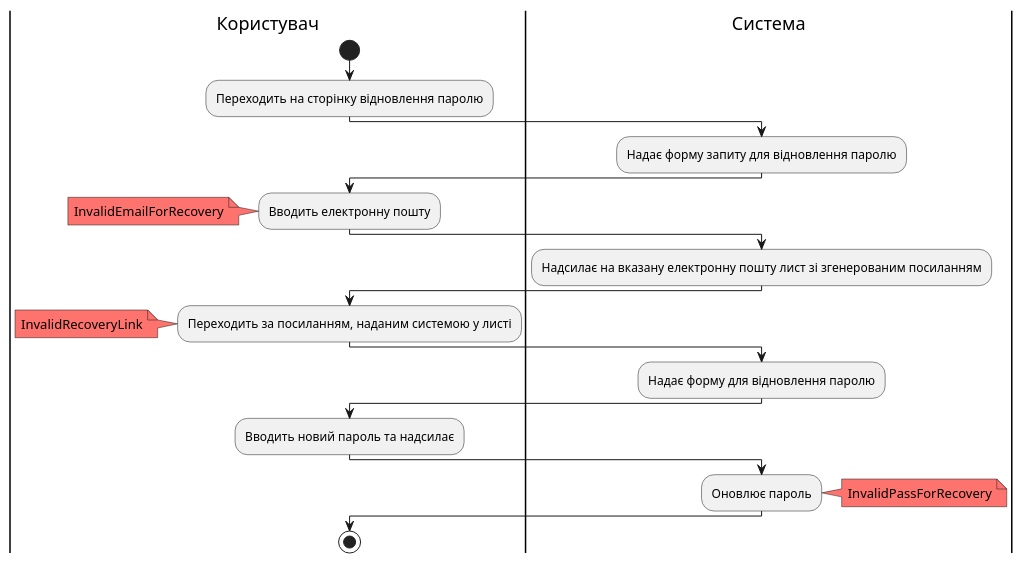
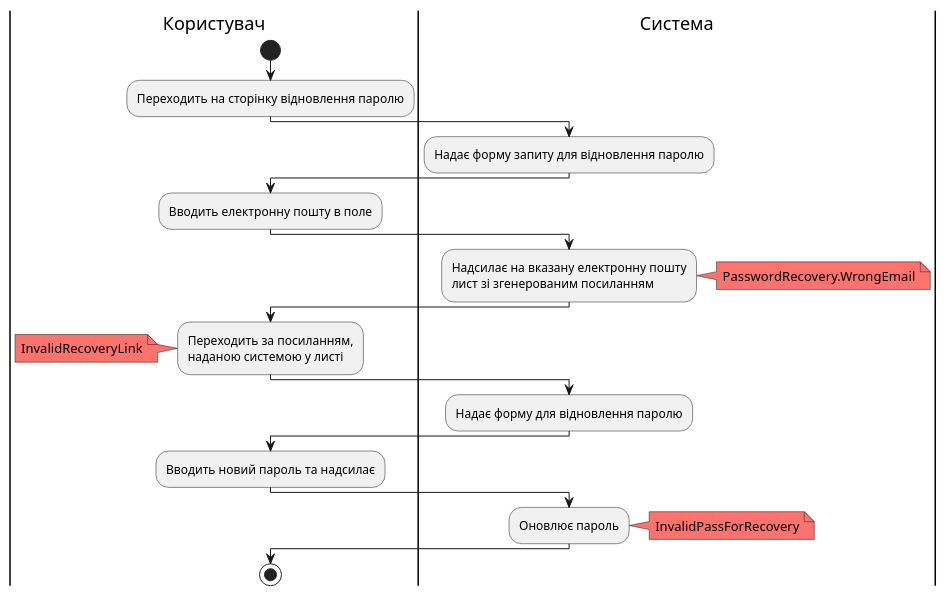
One commit to nonGratis/retarder-io-23-3-26 changed the eighth of 18 diagrams in docs/use cases/README.md. Above: the diagram before and after it, drawn with PlantUML. The commit also changed other lines of this file and 4 other files, not shown here.

```diff
--- a/docs/use cases/README.md
+++ b/docs/use cases/README.md
@@ -231,30 +236,30 @@
 @startuml
 |Користувач|
     start
     :Переходить на сторінку відновлення паролю;
 |Система|
     :Надає форму запиту для відновлення паролю;
 |Користувач|
-    :Вводить електронну пошту;
-        note left #FF736E
-            InvalidEmailForRecovery
+    :Вводить електронну пошту в поле;
+|Система|
+    :Надсилає на вказану електронну пошту\nлист зі згенерованим посиланням;
+        note right #FF736E
+            PasswordRecovery.WrongEmail
         end note
-|Система|
-    :Надсилає на вказану електронну пошту лист зі згенерованим посиланням;
 |Користувач|
-    :Переходить за посиланням, наданим системою у листі;
+    :Переходить за посиланням,\nнаданою системою у листі;
         note left #FF736E
             InvalidRecoveryLink
         end note
 |Система|
     :Надає форму для відновлення паролю;
 |Користувач|
     :Вводить новий пароль та надсилає;
 |Система|
     :Оновлює пароль;
         note right #FF736E
             InvalidPassForRecovery
         end note
 |Користувач|
     stop
 @enduml
```
